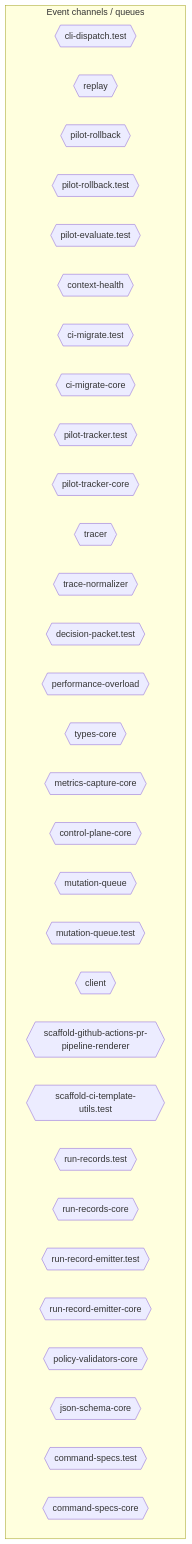
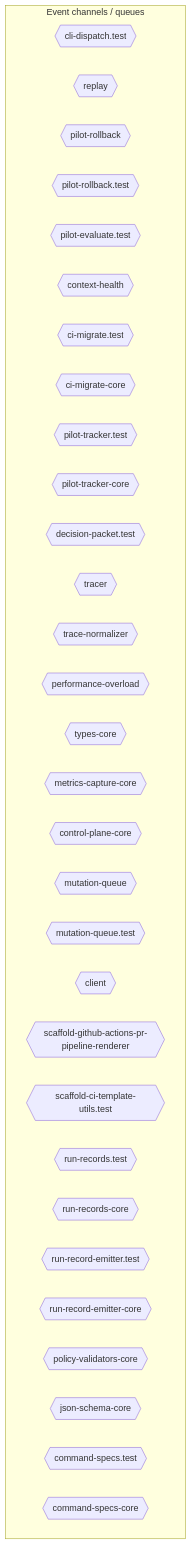
One commit to jscraik/coding-harness changed the sixth of 10 diagrams in AI/context/diagram-context.md. Above: the diagram before and after it, drawn with Mermaid. The commit also changed other lines of this file, not shown here.

First line of the commit message:
chore(diagrams): refresh architecture context

````diff
--- a/AI/context/diagram-context.md
+++ b/AI/context/diagram-context.md
@@ -2344,37 +2344,37 @@
 ```mermaid
 flowchart TD
   subgraph Channels["Event channels / queues"]
     cli_dispatch_test_54c9f17b{{"cli-dispatch.test"}}
     replay_ac203c98{{"replay"}}
     pilot_rollback_00c1f82c{{"pilot-rollback"}}
     pilot_rollback_test_e61d5a2b{{"pilot-rollback.test"}}
     pilot_evaluate_test_a2ac06fc{{"pilot-evaluate.test"}}
     context_health_80bb7da9{{"context-health"}}
     ci_migrate_test_2a015bb9{{"ci-migrate.test"}}
     ci_migrate_core_7005b5af{{"ci-migrate-core"}}
     pilot_tracker_test_80398a66{{"pilot-tracker.test"}}
     pilot_tracker_core_80d8ac96{{"pilot-tracker-core"}}
+    decision_packet_test_9ea0e97b{{"decision-packet.test"}}
     tracer_1e6243a2{{"tracer"}}
     trace_normalizer_cb1be1d2{{"trace-normalizer"}}
-    decision_packet_test_9ea0e97b{{"decision-packet.test"}}
     performance_overload_c685bfcf{{"performance-overload"}}
     types_core_e405ddca{{"types-core"}}
     metrics_capture_core_db4bf7cf{{"metrics-capture-core"}}
     control_plane_core_db3b4cb2{{"control-plane-core"}}
     mutation_queue_ce5a530e{{"mutation-queue"}}
     mutation_queue_test_10b599e8{{"mutation-queue.test"}}
     client_1_914e1681{{"client"}}
     scaffold_github_actions_pr_pipeline_renderer_1ee18de5{{"scaffold-github-actions-pr-pipeline-renderer"}}
     scaffold_ci_template_utils_test_b94825d9{{"scaffold-ci-template-utils.test"}}
     run_records_test_3ee6a0e3{{"run-records.test"}}
     run_records_core_89286dfa{{"run-records-core"}}
     run_record_emitter_test_5475c0da{{"run-record-emitter.test"}}
     run_record_emitter_core_688049d5{{"run-record-emitter-core"}}
     policy_validators_core_714a3fe7{{"policy-validators-core"}}
     json_schema_core_96d7e328{{"json-schema-core"}}
     command_specs_test_7f693e85{{"command-specs.test"}}
     command_specs_core_1c0ffc99{{"command-specs-core"}}
   end
   classDef eventNode fill:#db2777,color:#fff
 
 ```
````
